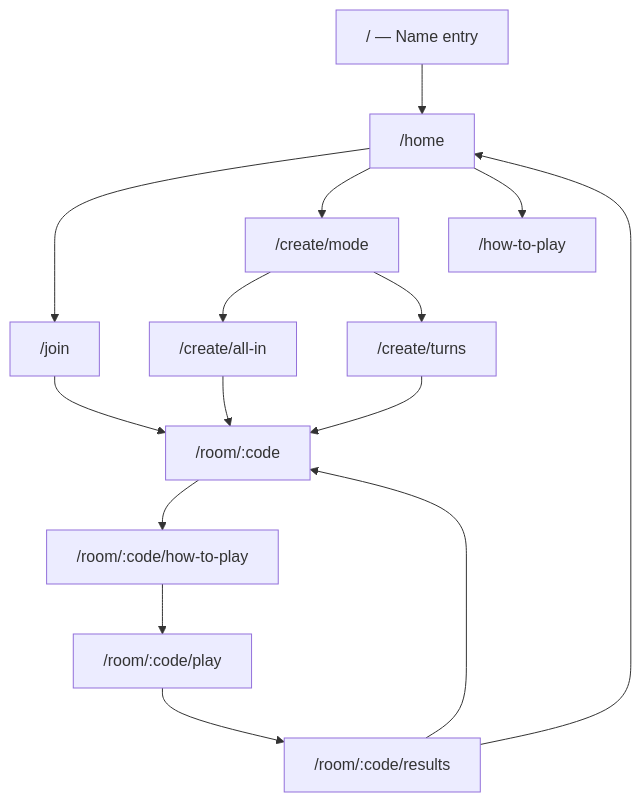
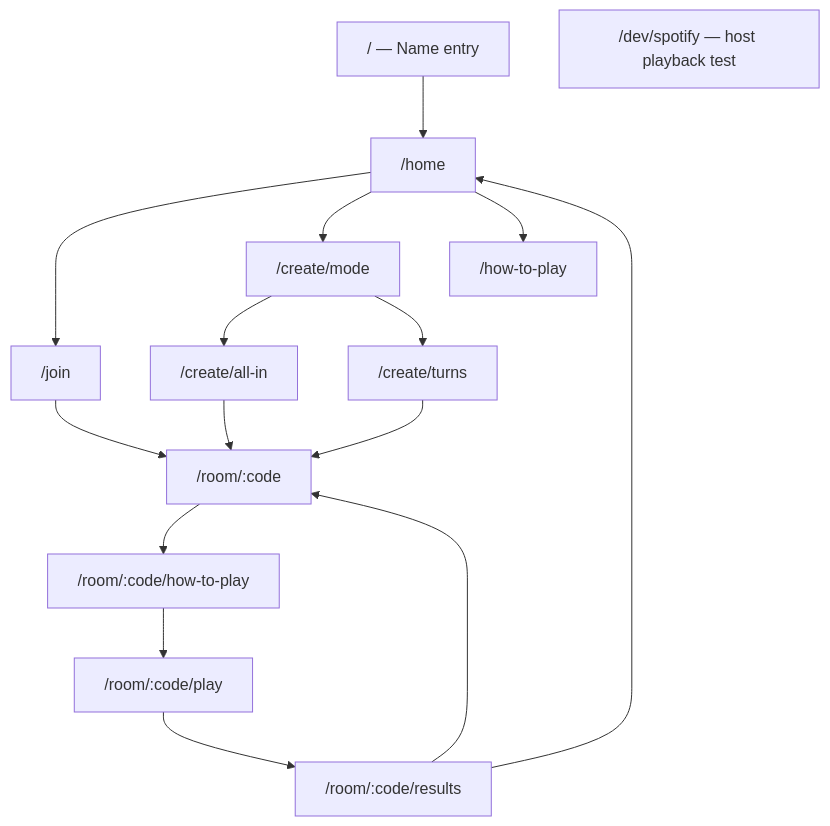
The first of 7 diagrams in docs/SCREEN_FLOW.md (samirr2502/spot-the-song), drawn with Mermaid before and after one commit. The commit also changed other lines of this file and 62 other files, not shown here.

````diff
--- a/docs/SCREEN_FLOW.md
+++ b/docs/SCREEN_FLOW.md
@@ -9,17 +9,18 @@
 ```mermaid
 flowchart TD
   Landing["/ — Name entry"] --> Home["/home"]
   Home --> Join["/join"]
   Home --> Mode["/create/mode"]
   Home --> HowTo["/how-to-play"]
   Mode --> AllInSetup["/create/all-in"]
   Mode --> TurnsSetup["/create/turns"]
   AllInSetup --> Lobby["/room/:code"]
   TurnsSetup --> Lobby
   Join --> Lobby
   Lobby --> HowToPlay["/room/:code/how-to-play"]
   HowToPlay --> Play["/room/:code/play"]
   Play --> Results["/room/:code/results"]
   Results --> Home
   Results --> Lobby
+  DevSpotify["/dev/spotify — host playback test"]
 ```
````
